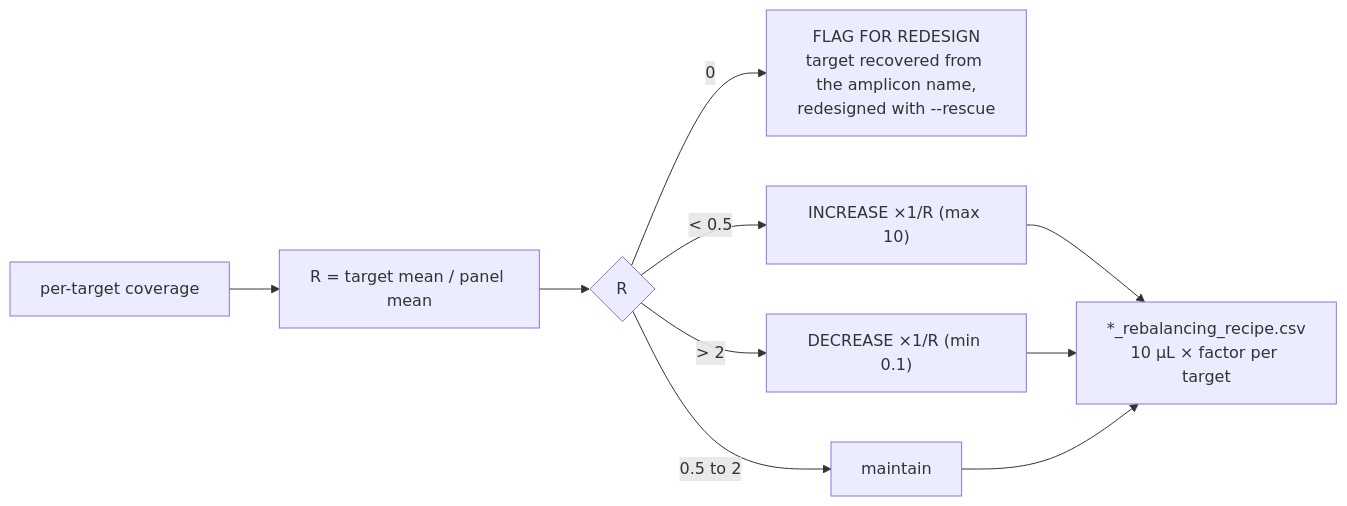
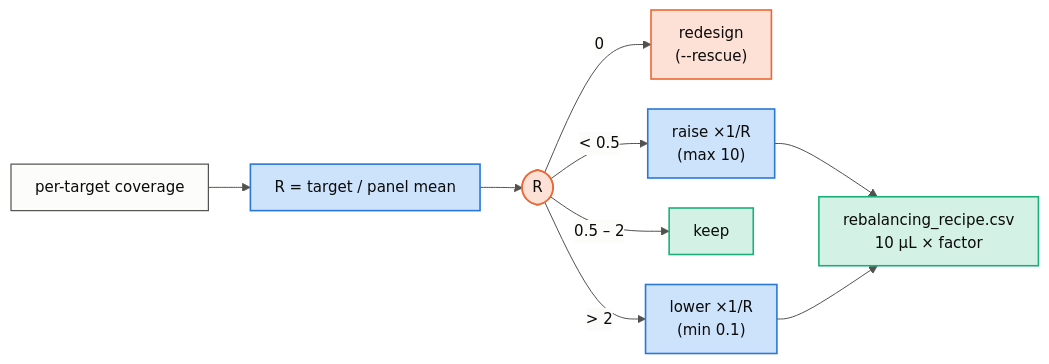
One commit to AHumanBrain/my_amplicon_project changed the fourth of 4 diagrams in README.md. Above: the diagram before and after it, drawn with Mermaid. The commit also changed other lines of this file and 8 other files, not shown here.

````diff
--- a/README.md
+++ b/README.md
@@ -278,10 +137,16 @@
 ```mermaid
+%%{init: {"theme":"base","themeVariables":{"fontFamily":"Inter, system-ui, -apple-system, Segoe UI, sans-serif","fontSize":"15px","background":"#fcfcfb","primaryColor":"#cde2fb","primaryBorderColor":"#2a78d6","primaryTextColor":"#0b0b0b","secondaryColor":"#d3f1e5","tertiaryColor":"#fde1d6","lineColor":"#52514e","textColor":"#0b0b0b","clusterBkg":"#fcfcfb","clusterBorder":"#e4e3df","edgeLabelBackground":"#fcfcfb"},"flowchart":{"curve":"basis","nodeSpacing":30,"rankSpacing":42,"padding":12}}}%%
 flowchart LR
-    COV["per-target coverage"] --> REL["R = target mean / panel mean"]
-    REL --> ACT{"R"}
-    ACT -- "0" --> RD["FLAG FOR REDESIGN<br/>target recovered from the amplicon name,<br/>redesigned with --rescue"]
-    ACT -- "< 0.5" --> UP["INCREASE ×1/R (max 10)"]
-    ACT -- "0.5 to 2" --> KEEP["maintain"]
-    ACT -- "> 2" --> DOWN["DECREASE ×1/R (min 0.1)"]
-    UP & DOWN & KEEP --> REC["*_rebalancing_recipe.csv<br/>10 µL × factor per target"]
+    C["per-target coverage"]:::plain --> R["R = target / panel mean"]:::step
+    R --> Z(["R"]):::warn
+    Z -- "0" --> RD["redesign<br/>(--rescue)"]:::warn
+    Z -- "< 0.5" --> UP["raise ×1/R<br/>(max 10)"]:::step
+    Z -- "0.5 – 2" --> KP["keep"]:::out
+    Z -- "> 2" --> DN["lower ×1/R<br/>(min 0.1)"]:::step
+    UP --> REC["rebalancing_recipe.csv<br/>10 µL × factor"]:::out
+    DN --> REC
+    classDef step fill:#cde2fb,stroke:#2a78d6,stroke-width:1.6px,color:#0b0b0b
+    classDef out fill:#d3f1e5,stroke:#1baf7a,stroke-width:1.6px,color:#0b0b0b
+    classDef warn fill:#fde1d6,stroke:#eb6834,stroke-width:1.6px,color:#0b0b0b
+    classDef plain fill:#fcfcfb,stroke:#52514e,stroke-width:1.2px,color:#0b0b0b
 ```
````
